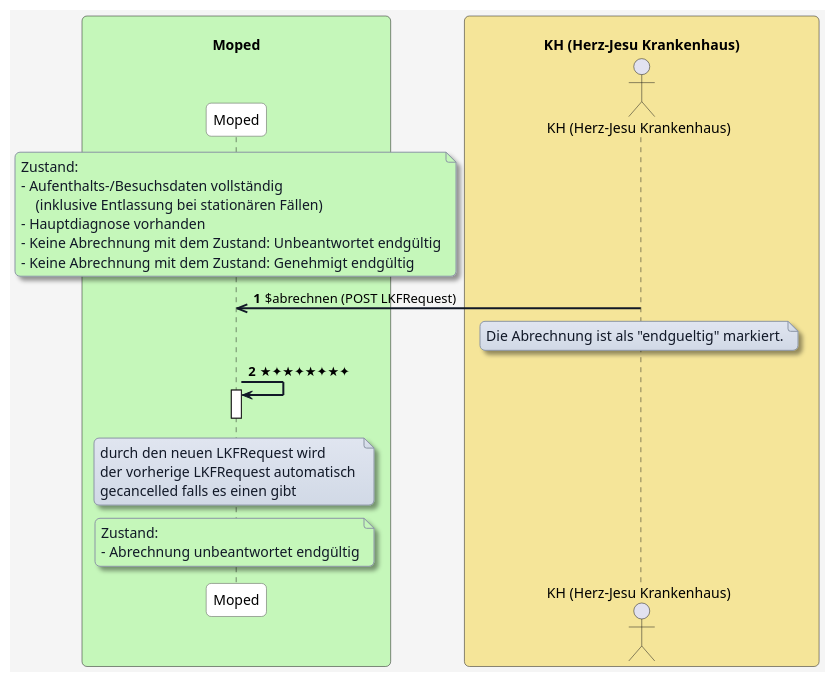
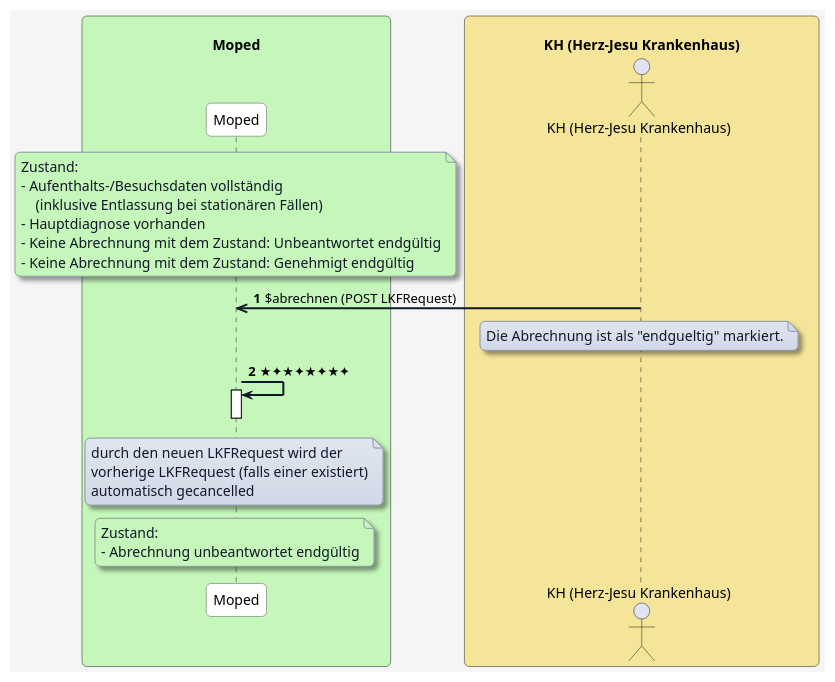
The diagram in input/images-source/abrechnen-endgueltig.plantuml (HL7Austria/ELGA-MOPED-R5), drawn with PlantUML before and after one commit.

Commit message:
Text vereinheitlichen

```diff
--- a/input/images-source/abrechnen-endgueltig.plantuml
+++ b/input/images-source/abrechnen-endgueltig.plantuml
@@ -1,84 +1,84 @@
 @startuml
 skinparam borderColor #000000
 skinparam backgroundColor #f5f5f5
 skinparam shadowing false
 skinparam roundCorner 10
 skinparam defaultFontName "Arial"
 skinparam defaultFontSize 14
 skinparam defaultFontColor #000000
 
 skinparam note {
   BackgroundColor #e0e5f0-#d1d9e6
   BorderColor #8b95a5
   BorderThickness 1
   RoundCorner 8
   Padding 6
   FontColor #111827
   Shadowing true
 }
 
 skinparam HyperlinkColor #0000EE
 skinparam HyperlinkUnderline false
 
 skinparam sequence {
   ParticipantBorderColor #555555
   ParticipantBackgroundColor #ffffff
   ParticipantFontColor #000000
   ParticipantFontSize 14
   ParticipantPadding 20
   ArrowColor #111827
   ArrowThickness 2
   ArrowFontColor #000000
   ArrowFontSize 13
   GroupBorderColor #111827
   GroupBackgroundColor #f3f4f6
   GroupBorderThickness 1
 }
 
 skinparam BoxPadding 20
 skinparam BoxBorderColor #555555
 
 box "\n                                   Moped                                   " #c5f7ba
   participant MP as "Moped"
 end box
 
 box "\n                     KH (Herz-Jesu Krankenhaus)                     " #f5e599
   actor KH as "KH (Herz-Jesu Krankenhaus)"
 end box
 
 
 
 
 autonumber
 
 note over MP #c5f7ba
 Zustand:
 - Aufenthalts-/Besuchsdaten vollständig
     (inklusive Entlassung bei stationären Fällen)
 - Hauptdiagnose vorhanden
 - Keine Abrechnung mit dem Zustand: Unbeantwortet endgültig
 - Keine Abrechnung mit dem Zustand: Genehmigt endgültig
 end note
 
 KH ->> MP: $abrechnen (POST LKFRequest)
 
 note over KH
 Die Abrechnung ist als "endgueltig" markiert.
 end note
 
 MP -> MP: ★✦★✦★✦★✦
 activate MP
 deactivate MP
 
 note over MP
-durch den neuen LKFRequest wird 
-der vorherige LKFRequest automatisch 
-gecancelled falls es einen gibt
+durch den neuen LKFRequest wird der
+vorherige LKFRequest (falls einer existiert)
+automatisch gecancelled
 end note
 
 note over MP #c5f7ba
 Zustand:
 - Abrechnung unbeantwortet endgültig
 end note
 
 @enduml
```
